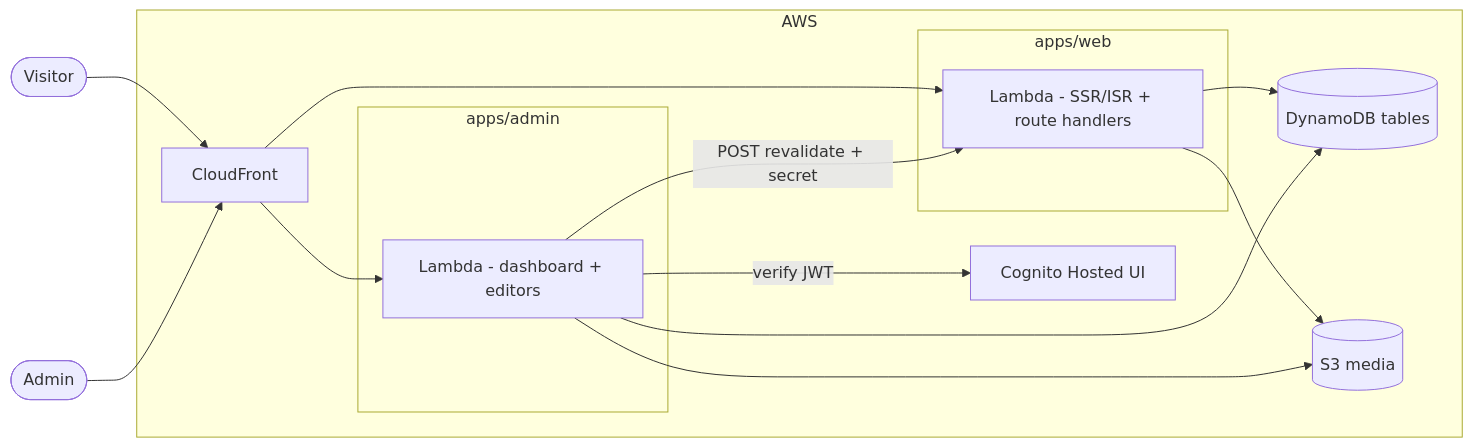
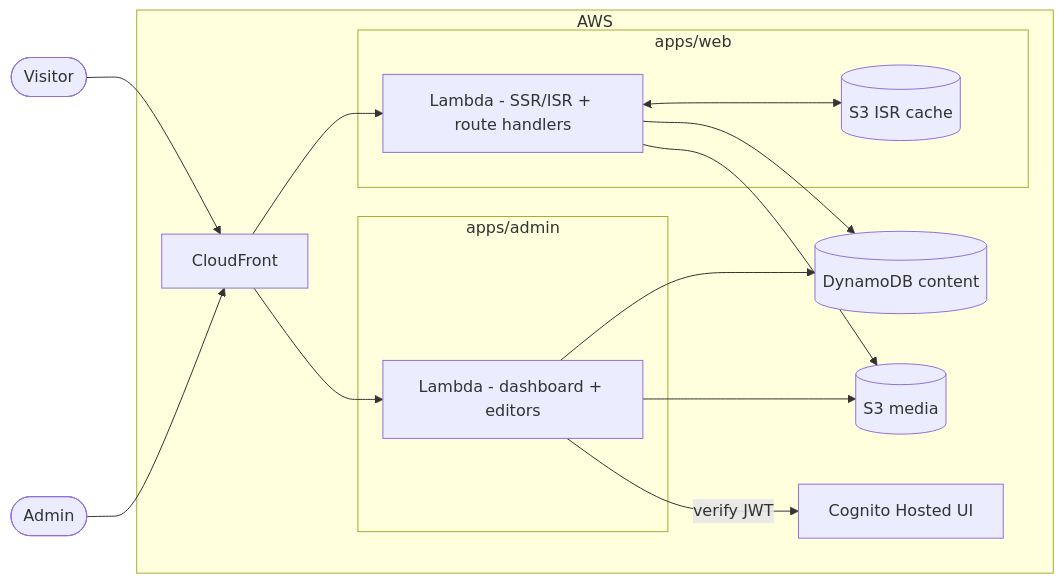
The diagram in README.md (KhubaibQaiser/portfolio-v2), drawn with Mermaid before and after one commit. The commit also changed other lines of this file and 31 other files, not shown here.

````diff
--- a/README.md
+++ b/README.md
@@ -39,26 +40,28 @@
 ```mermaid
 flowchart LR
   user([Visitor])
   admin_user([Admin])
 
   subgraph aws [AWS]
     cf[CloudFront]
     subgraph web [apps/web]
       webfn[Lambda - SSR/ISR + route handlers]
+      s3cache[(S3 ISR cache)]
     end
     subgraph adm [apps/admin]
       admfn[Lambda - dashboard + editors]
     end
-    ddb[(DynamoDB tables)]
-    s3[(S3 media)]
+    ddb[(DynamoDB content)]
+    s3media[(S3 media)]
     cognito[Cognito Hosted UI]
   end
 
-  user --> cf --> webfn --> ddb
-  webfn --> s3
+  user --> cf --> webfn
+  webfn <--> s3cache
+  webfn --> ddb
+  webfn --> s3media
   admin_user --> cf --> admfn
   admfn -->|verify JWT| cognito
   admfn --> ddb
-  admfn --> s3
-  admfn -->|POST revalidate + secret| webfn
+  admfn --> s3media
 ```
````
